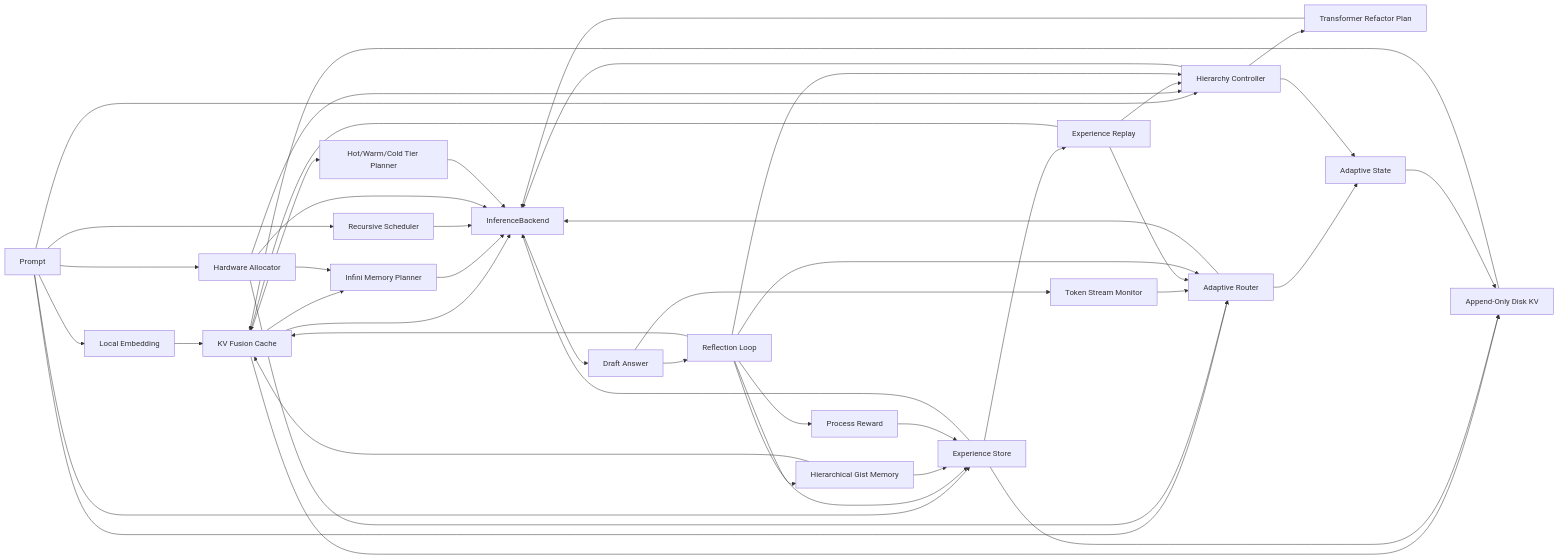
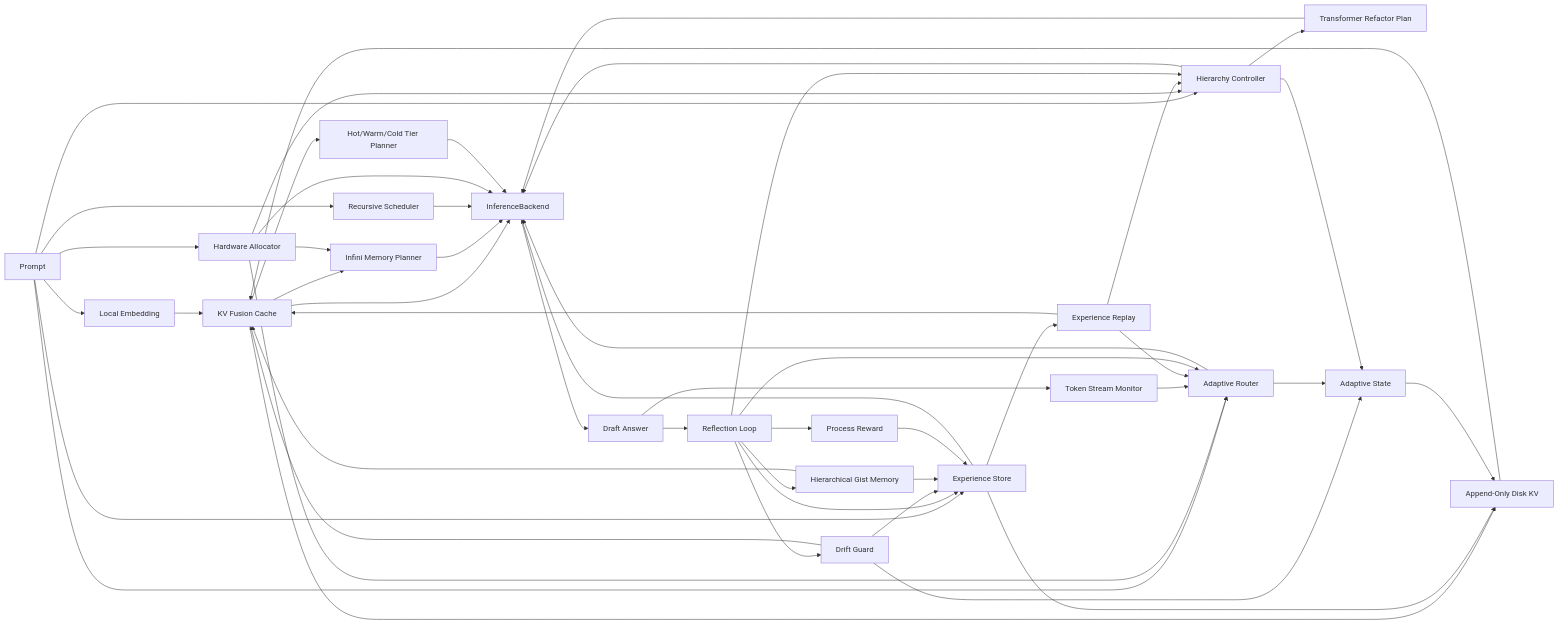
One commit to yanghao1143/rust-norion changed the diagram in README.md. Above: the diagram before and after it, drawn with Mermaid. The commit also changed other lines of this file and 6 other files, not shown here.

Commit message:
Add drift guard for self-evolution

````diff
--- a/README.md
+++ b/README.md
@@ -289,48 +291,51 @@
 ```mermaid
 flowchart LR
     Prompt[Prompt] --> Embed[Local Embedding]
     Embed --> Memory[KV Fusion Cache]
     Memory --> Infini[Infini Memory Planner]
     Memory --> DiskKV[Append-Only Disk KV]
     Memory --> Tiers[Hot/Warm/Cold Tier Planner]
     Prompt --> Router[Adaptive Router]
     Prompt --> Hierarchy[Hierarchy Controller]
     Prompt --> Recursive[Recursive Scheduler]
     Prompt --> Hardware[Hardware Allocator]
     Prompt --> Experience[Experience Store]
     Hierarchy --> Transformer[Transformer Refactor Plan]
     Memory --> Backend[InferenceBackend]
     Infini --> Backend
     Recursive --> Backend
     Hardware --> Router
     Hardware --> Infini
     Hardware --> Hierarchy
     Hardware --> Backend
     DiskKV --> Memory
     Tiers --> Backend
     Experience --> Backend
     Transformer --> Backend
     Router --> Backend
     Hierarchy --> Backend
     Backend --> Draft[Draft Answer]
     Draft --> Stream[Token Stream Monitor]
     Draft --> Reflect[Reflection Loop]
+    Reflect --> Drift[Drift Guard]
     Reflect --> Gist[Hierarchical Gist Memory]
     Reflect --> Reward[Process Reward]
     Stream --> Router
     Reflect --> Experience[Experience Store]
-    Reflect --> Memory
+    Drift --> Experience
+    Drift --> Memory
+    Drift --> Adaptive
     Gist --> Experience
     Gist --> Memory
     Reward --> Experience
     Experience --> Replay[Experience Replay]
     Replay --> Router
     Replay --> Hierarchy
     Replay --> Memory
     Experience --> DiskKV
     Reflect --> Router
     Reflect --> Hierarchy
     Router --> Adaptive[Adaptive State]
     Hierarchy --> Adaptive
     Adaptive --> DiskKV
 ```
````
